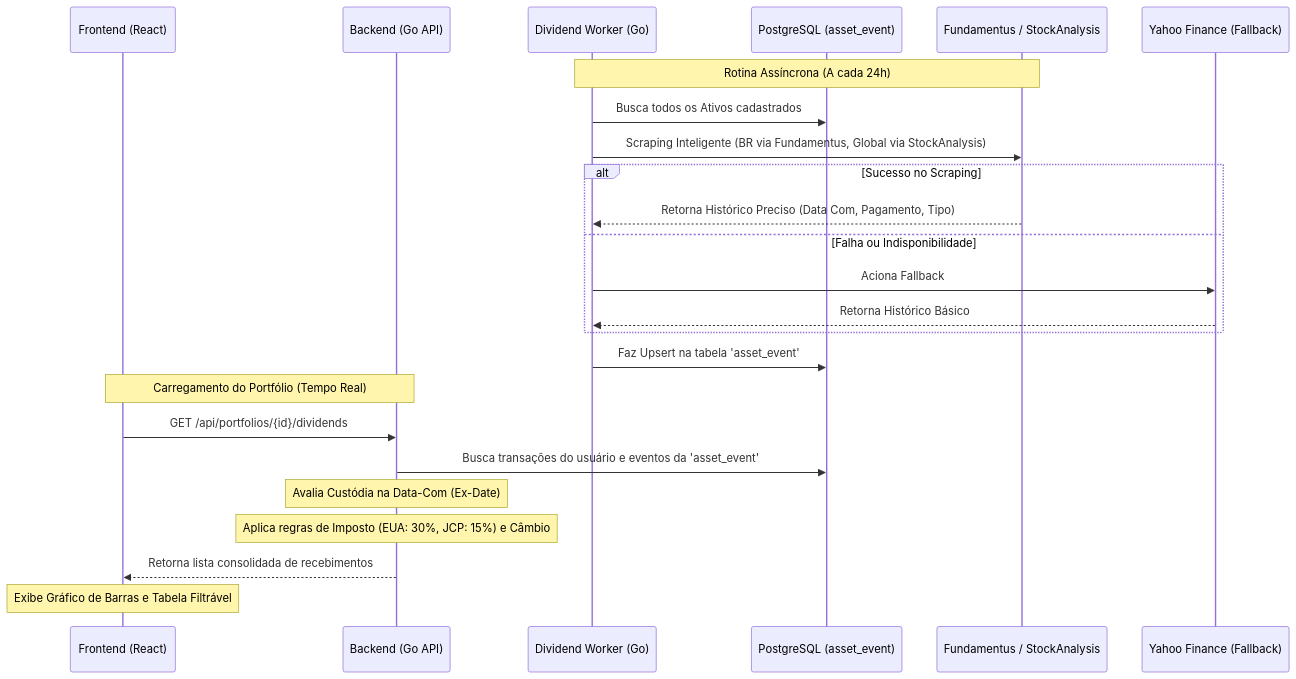
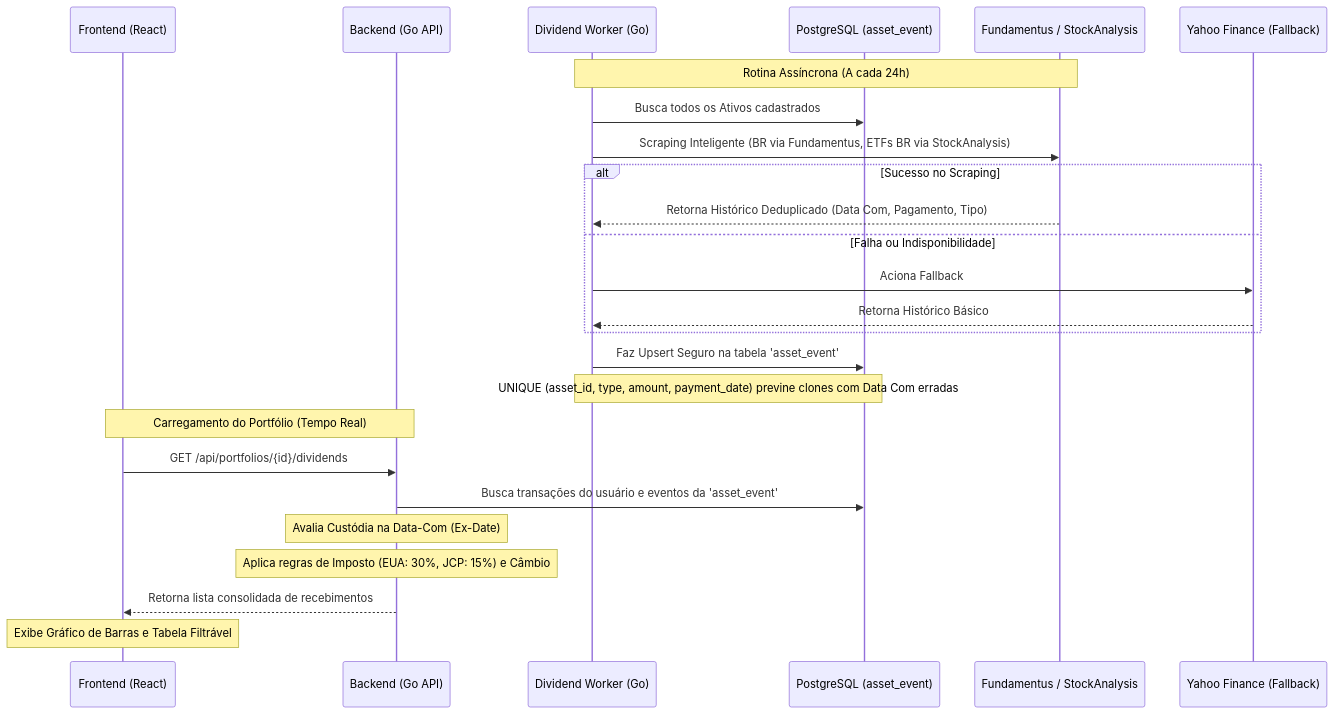
Before and after one commit to enakamura3/stock-pulse: the fifth of 5 diagrams in README.md, drawn with Mermaid. The commit also changed other lines of this file, not shown here.

Commit message:
docs: update README with robust dividend data providers and architecture details

````diff
--- a/README.md
+++ b/README.md
@@ -203,28 +210,29 @@
 ```mermaid
 sequenceDiagram
     participant User as Frontend (React)
     participant API as Backend (Go API)
     participant Worker as Dividend Worker (Go)
     participant DB as PostgreSQL (asset_event)
     participant Scrapers as Fundamentus / StockAnalysis
     participant Yahoo as Yahoo Finance (Fallback)
 
     Note over Worker,Scrapers: Rotina Assíncrona (A cada 24h)
     Worker->>DB: Busca todos os Ativos cadastrados
-    Worker->>Scrapers: Scraping Inteligente (BR via Fundamentus, Global via StockAnalysis)
+    Worker->>Scrapers: Scraping Inteligente (BR via Fundamentus, ETFs BR via StockAnalysis)
     alt Sucesso no Scraping
-        Scrapers-->>Worker: Retorna Histórico Preciso (Data Com, Pagamento, Tipo)
+        Scrapers-->>Worker: Retorna Histórico Deduplicado (Data Com, Pagamento, Tipo)
     else Falha ou Indisponibilidade
         Worker->>Yahoo: Aciona Fallback
         Yahoo-->>Worker: Retorna Histórico Básico
     end
-    Worker->>DB: Faz Upsert na tabela 'asset_event'
+    Worker->>DB: Faz Upsert Seguro na tabela 'asset_event'
+    Note over Worker,DB: UNIQUE (asset_id, type, amount, payment_date) previne clones com Data Com erradas
 
     Note over User,API: Carregamento do Portfólio (Tempo Real)
     User->>API: GET /api/portfolios/{id}/dividends
     API->>DB: Busca transações do usuário e eventos da 'asset_event'
     Note over API: Avalia Custódia na Data-Com (Ex-Date)
     Note over API: Aplica regras de Imposto (EUA: 30%, JCP: 15%) e Câmbio
     API-->>User: Retorna lista consolidada de recebimentos
     Note over User: Exibe Gráfico de Barras e Tabela Filtrável
 ```
````
